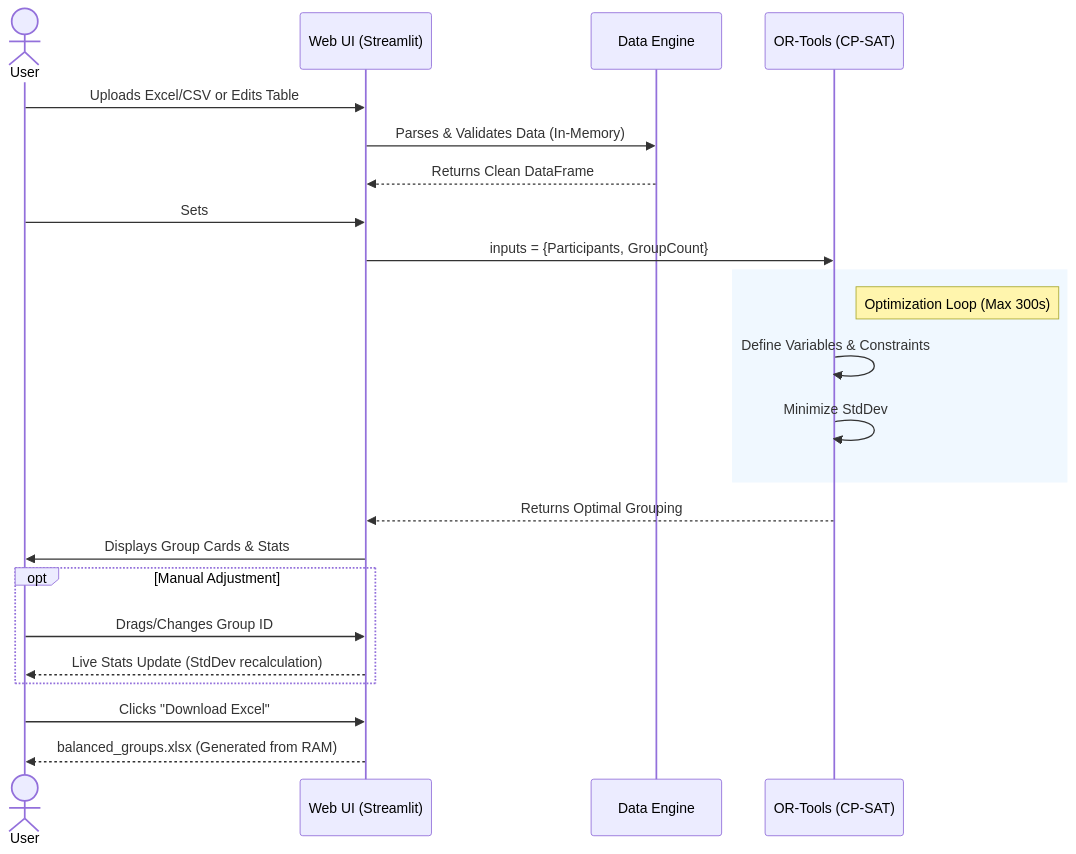
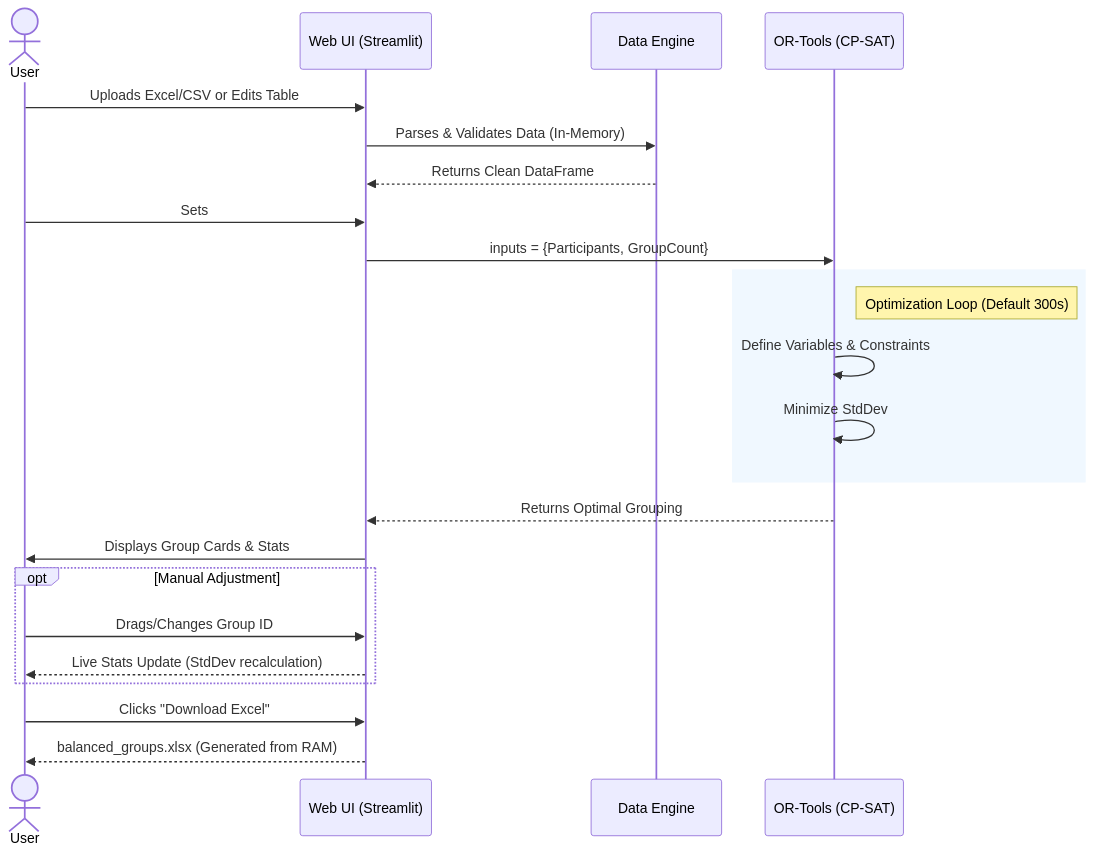
The diagram in README.md (genes3e7/Group-Balancer), drawn with Mermaid before and after one commit. The commit also changed other lines of this file and 7 other files, not shown here.

````diff
--- a/README.md
+++ b/README.md
@@ -38,35 +38,35 @@
 ```mermaid
 sequenceDiagram
     actor User
     participant Browser as Web UI (Streamlit)
     participant Core as Data Engine
     participant Solver as OR-Tools (CP-SAT)
 
     %% Step 1
     User->>Browser: Uploads Excel/CSV or Edits Table
     Browser->>Core: Parses & Validates Data (In-Memory)
     Core-->>Browser: Returns Clean DataFrame
 
     %% Step 2
     User->>Browser: Sets # of Groups & Clicks "Generate"
     Browser->>Solver: inputs = {Participants, GroupCount}
     
     rect rgb(240, 248, 255)
-    note right of Solver: Optimization Loop (Max 300s)
+    note right of Solver: Optimization Loop (Default 300s)
     Solver->>Solver: Define Variables & Constraints
     Solver->>Solver: Minimize StdDev
     end
     
     Solver-->>Browser: Returns Optimal Grouping
     
     %% Step 3
     Browser->>User: Displays Group Cards & Stats
     
     opt Manual Adjustment
         User->>Browser: Drags/Changes Group ID
         Browser-->>User: Live Stats Update (StdDev recalculation)
     end
     
     User->>Browser: Clicks "Download Excel"
     Browser-->>User: balanced_groups.xlsx (Generated from RAM)
 ```
````
